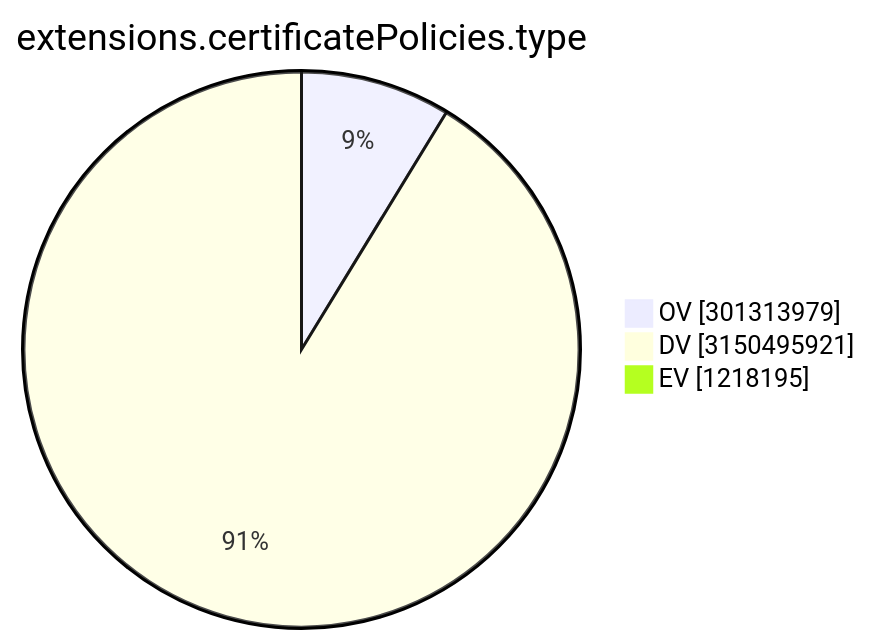
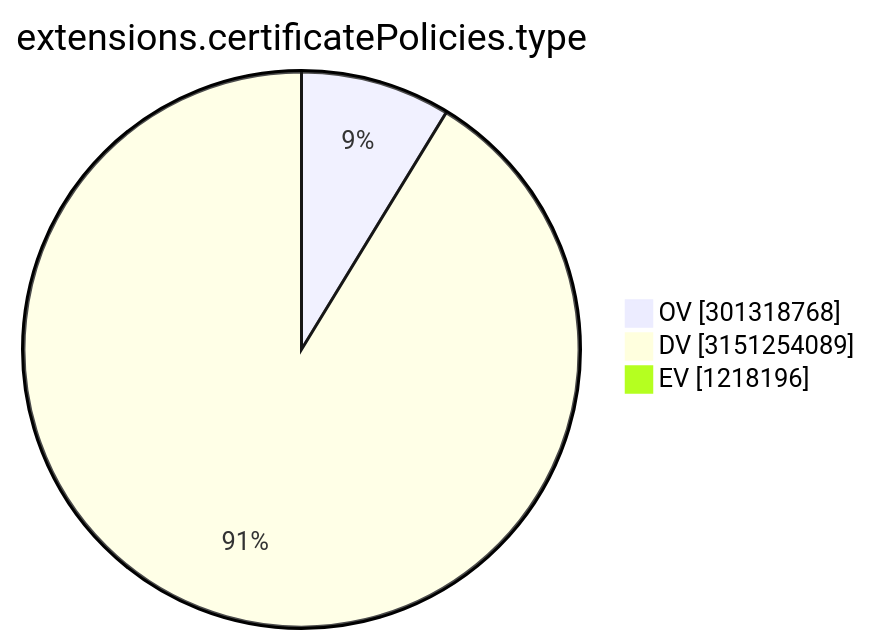
Before and after one commit to christiankrug/ctmonitor_visualization: the ninth of 15 diagrams in TOTAL/README.md, drawn with Mermaid. The commit also changed other lines of this file, not shown here.

````diff
--- a/TOTAL/README.md
+++ b/TOTAL/README.md
@@ -3105,7 +3105,7 @@
 ```mermaid
 pie showData
 title extensions.certificatePolicies.type
-"OV" :301313979
-"DV" :3150495921
-"EV" :1218195
+"OV" :301318768
+"DV" :3151254089
+"EV" :1218196
 ```
````
